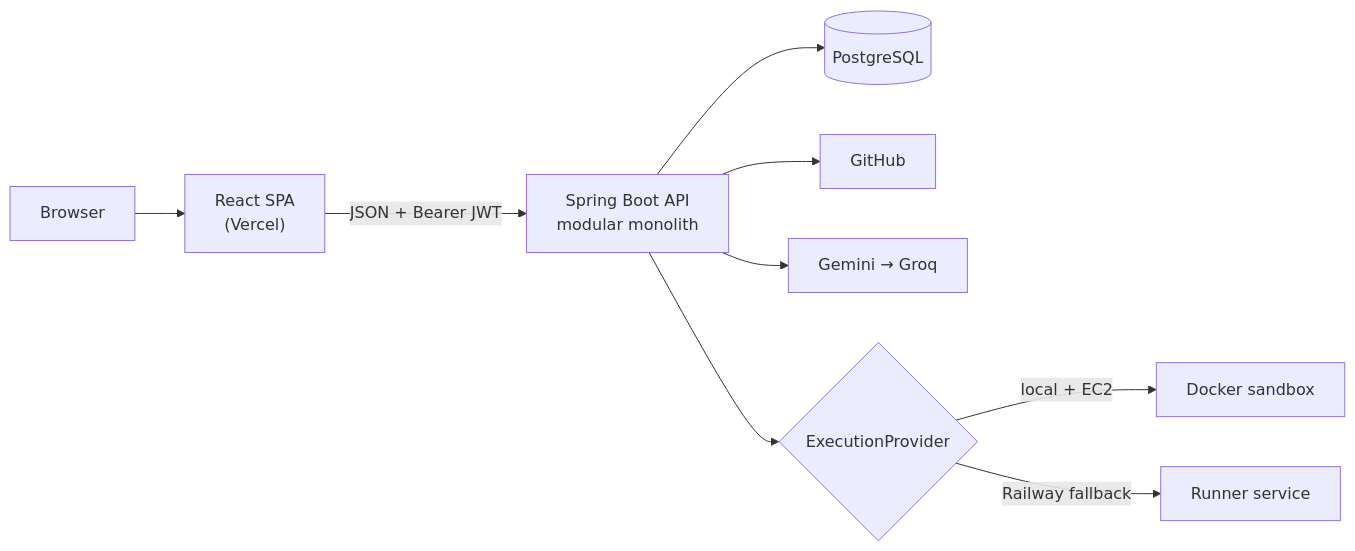
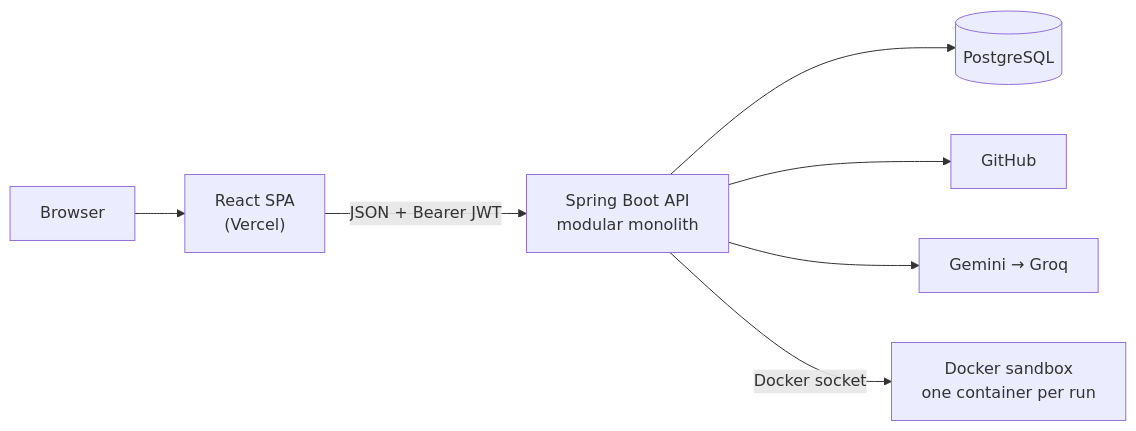
The diagram in README.md (Amartya989870xxxx/Engiens), drawn with Mermaid before and after one commit. The commit also changed other lines of this file and 30 other files, not shown here.

````diff
--- a/README.md
+++ b/README.md
@@ -260,11 +259,9 @@
 ```mermaid
 flowchart LR
     U["Browser"] --> FE["React SPA<br/>(Vercel)"]
     FE -- "JSON + Bearer JWT" --> BE["Spring Boot API<br/>modular monolith"]
     BE --> DB[("PostgreSQL")]
     BE --> GH["GitHub"]
     BE --> AI["Gemini → Groq"]
-    BE --> EX{"ExecutionProvider"}
-    EX -- "local + EC2" --> DK["Docker sandbox"]
-    EX -- "Railway fallback" --> RN["Runner service"]
+    BE -- "Docker socket" --> DK["Docker sandbox<br/>one container per run"]
 ```
````
